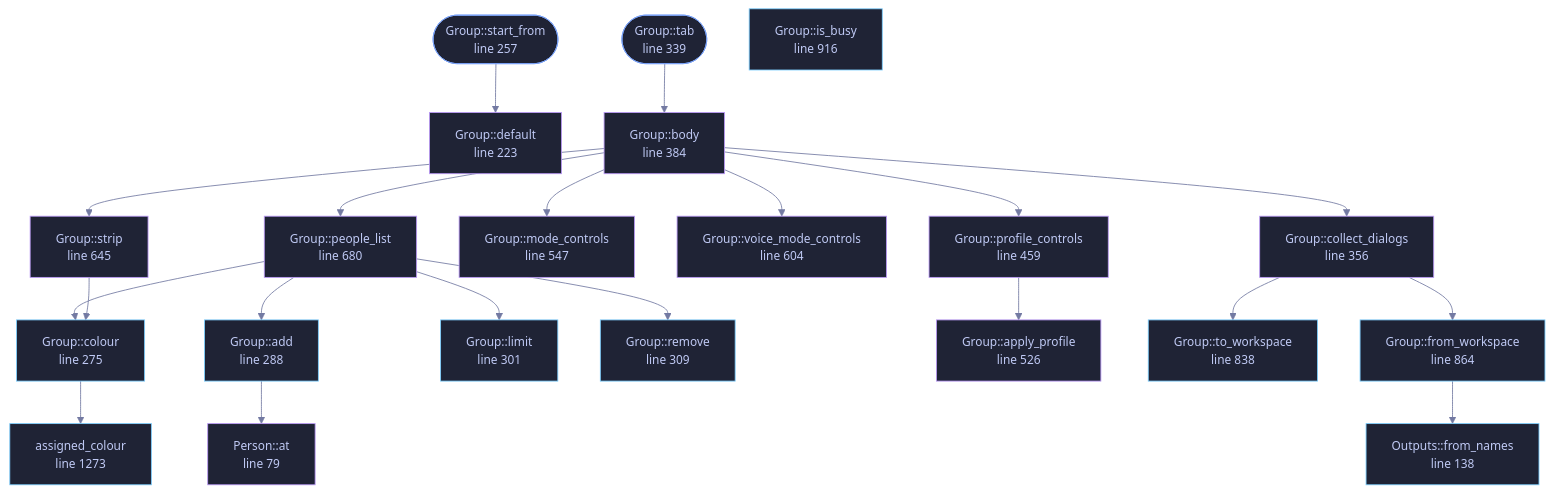
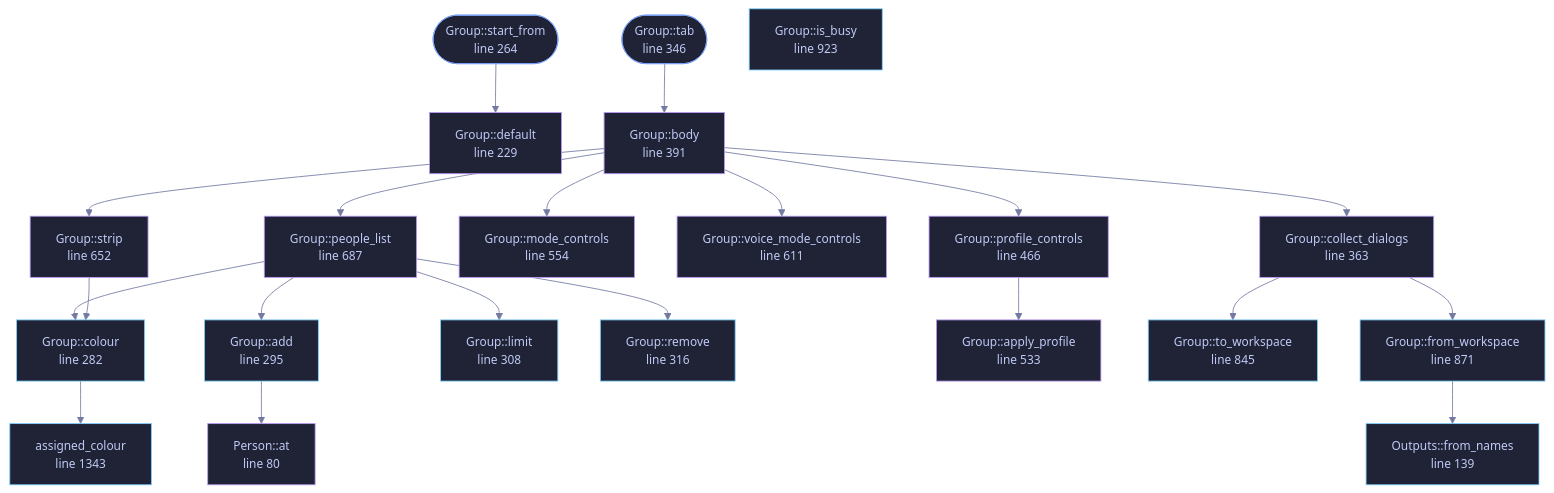
The diagram in docs/files/veilvoice-gui/group.md (tilas01/veilvoice), drawn with Mermaid before and after one commit. The commit also changed other lines of this file and 36 other files, not shown here.

````diff
--- a/docs/files/veilvoice-gui/group.md
+++ b/docs/files/veilvoice-gui/group.md
@@ -125,73 +125,73 @@
 ```mermaid
 %%{init: {"theme":"base","themeVariables":{"background":"#1a1b26","primaryColor":"#1f2335","primaryTextColor":"#c0caf5","primaryBorderColor":"#7aa2f7","secondaryColor":"#16161e","tertiaryColor":"#16161e","lineColor":"#737aa2","textColor":"#c0caf5","mainBkg":"#1f2335","nodeBorder":"#7aa2f7","clusterBkg":"#16161e","clusterBorder":"#2f3549","fontFamily":"ui-monospace, SFMono-Regular, Consolas, monospace","fontSize":"14px"}}}%%
 flowchart TD
-    n_at["Person::at<br/>line 79"]
-    n_default["Outputs::default<br/>line 103"]
-    n_from_names["Outputs::from_names<br/>line 138"]
-    n_default["Group::default<br/>line 223"]
-    n_start_from(["Group::start_from<br/>line 257"])
-    n_colour["Group::colour<br/>line 275"]
-    n_add["Group::add<br/>line 288"]
-    n_limit["Group::limit<br/>line 301"]
-    n_remove["Group::remove<br/>line 309"]
-    n_tab(["Group::tab<br/>line 339"])
-    n_collect_dialogs["Group::collect_dialogs<br/>line 356"]
-    n_body["Group::body<br/>line 384"]
-    n_profile_controls["Group::profile_controls<br/>line 459"]
-    n_apply_profile["Group::apply_profile<br/>line 526"]
-    n_mode_controls["Group::mode_controls<br/>line 547"]
-    n_voice_mode_controls["Group::voice_mode_controls<br/>line 604"]
-    n_strip["Group::strip<br/>line 645"]
-    n_people_list["Group::people_list<br/>line 680"]
-    n_to_workspace["Group::to_workspace<br/>line 838"]
-    n_from_workspace["Group::from_workspace<br/>line 864"]
-    n_is_busy["Group::is_busy<br/>line 916"]
-    n_assigned_colour["assigned_colour<br/>line 1273"]
+    n_at["Person::at<br/>line 80"]
+    n_default["Outputs::default<br/>line 104"]
+    n_from_names["Outputs::from_names<br/>line 139"]
+    n_default["Group::default<br/>line 229"]
+    n_start_from(["Group::start_from<br/>line 264"])
+    n_colour["Group::colour<br/>line 282"]
+    n_add["Group::add<br/>line 295"]
+    n_limit["Group::limit<br/>line 308"]
+    n_remove["Group::remove<br/>line 316"]
+    n_tab(["Group::tab<br/>line 346"])
+    n_collect_dialogs["Group::collect_dialogs<br/>line 363"]
+    n_body["Group::body<br/>line 391"]
+    n_profile_controls["Group::profile_controls<br/>line 466"]
+    n_apply_profile["Group::apply_profile<br/>line 533"]
+    n_mode_controls["Group::mode_controls<br/>line 554"]
+    n_voice_mode_controls["Group::voice_mode_controls<br/>line 611"]
+    n_strip["Group::strip<br/>line 652"]
+    n_people_list["Group::people_list<br/>line 687"]
+    n_to_workspace["Group::to_workspace<br/>line 845"]
+    n_from_workspace["Group::from_workspace<br/>line 871"]
+    n_is_busy["Group::is_busy<br/>line 923"]
+    n_assigned_colour["assigned_colour<br/>line 1343"]
     n_add --> n_at
     n_body --> n_collect_dialogs
     n_body --> n_mode_controls
     n_body --> n_people_list
     n_body --> n_profile_controls
     n_body --> n_strip
     n_body --> n_voice_mode_controls
     n_collect_dialogs --> n_from_workspace
     n_collect_dialogs --> n_to_workspace
     n_colour --> n_assigned_colour
     n_from_workspace --> n_from_names
     n_people_list --> n_add
     n_people_list --> n_colour
     n_people_list --> n_limit
     n_people_list --> n_remove
     n_profile_controls --> n_apply_profile
     n_start_from --> n_default
     n_strip --> n_colour
     n_tab --> n_body
-    click n_at href "https://github.com/tilas01/veilvoice/blob/main/crates/veilvoice-gui/src/group.rs#L79" "open the source"
-    click n_default href "https://github.com/tilas01/veilvoice/blob/main/crates/veilvoice-gui/src/group.rs#L103" "open the source"
-    click n_from_names href "https://github.com/tilas01/veilvoice/blob/main/crates/veilvoice-gui/src/group.rs#L138" "open the source"
-    click n_default href "https://github.com/tilas01/veilvoice/blob/main/crates/veilvoice-gui/src/group.rs#L223" "open the source"
-    click n_start_from href "https://github.com/tilas01/veilvoice/blob/main/crates/veilvoice-gui/src/group.rs#L257" "open the source"
-    click n_colour href "https://github.com/tilas01/veilvoice/blob/main/crates/veilvoice-gui/src/group.rs#L275" "open the source"
-    click n_add href "https://github.com/tilas01/veilvoice/blob/main/crates/veilvoice-gui/src/group.rs#L288" "open the source"
-    click n_limit href "https://github.com/tilas01/veilvoice/blob/main/crates/veilvoice-gui/src/group.rs#L301" "open the source"
-    click n_remove href "https://github.com/tilas01/veilvoice/blob/main/crates/veilvoice-gui/src/group.rs#L309" "open the source"
-    click n_tab href "https://github.com/tilas01/veilvoice/blob/main/crates/veilvoice-gui/src/group.rs#L339" "open the source"
-    click n_collect_dialogs href "https://github.com/tilas01/veilvoice/blob/main/crates/veilvoice-gui/src/group.rs#L356" "open the source"
-    click n_body href "https://github.com/tilas01/veilvoice/blob/main/crates/veilvoice-gui/src/group.rs#L384" "open the source"
-    click n_profile_controls href "https://github.com/tilas01/veilvoice/blob/main/crates/veilvoice-gui/src/group.rs#L459" "open the source"
-    click n_apply_profile href "https://github.com/tilas01/veilvoice/blob/main/crates/veilvoice-gui/src/group.rs#L526" "open the source"
-    click n_mode_controls href "https://github.com/tilas01/veilvoice/blob/main/crates/veilvoice-gui/src/group.rs#L547" "open the source"
-    click n_voice_mode_controls href "https://github.com/tilas01/veilvoice/blob/main/crates/veilvoice-gui/src/group.rs#L604" "open the source"
-    click n_strip href "https://github.com/tilas01/veilvoice/blob/main/crates/veilvoice-gui/src/group.rs#L645" "open the source"
-    click n_people_list href "https://github.com/tilas01/veilvoice/blob/main/crates/veilvoice-gui/src/group.rs#L680" "open the source"
-    click n_to_workspace href "https://github.com/tilas01/veilvoice/blob/main/crates/veilvoice-gui/src/group.rs#L838" "open the source"
-    click n_from_workspace href "https://github.com/tilas01/veilvoice/blob/main/crates/veilvoice-gui/src/group.rs#L864" "open the source"
-    click n_is_busy href "https://github.com/tilas01/veilvoice/blob/main/crates/veilvoice-gui/src/group.rs#L916" "open the source"
-    click n_assigned_colour href "https://github.com/tilas01/veilvoice/blob/main/crates/veilvoice-gui/src/group.rs#L1273" "open the source"
+    click n_at href "https://github.com/tilas01/veilvoice/blob/main/crates/veilvoice-gui/src/group.rs#L80" "open the source"
+    click n_default href "https://github.com/tilas01/veilvoice/blob/main/crates/veilvoice-gui/src/group.rs#L104" "open the source"
+    click n_from_names href "https://github.com/tilas01/veilvoice/blob/main/crates/veilvoice-gui/src/group.rs#L139" "open the source"
+    click n_default href "https://github.com/tilas01/veilvoice/blob/main/crates/veilvoice-gui/src/group.rs#L229" "open the source"
+    click n_start_from href "https://github.com/tilas01/veilvoice/blob/main/crates/veilvoice-gui/src/group.rs#L264" "open the source"
+    click n_colour href "https://github.com/tilas01/veilvoice/blob/main/crates/veilvoice-gui/src/group.rs#L282" "open the source"
+    click n_add href "https://github.com/tilas01/veilvoice/blob/main/crates/veilvoice-gui/src/group.rs#L295" "open the source"
+    click n_limit href "https://github.com/tilas01/veilvoice/blob/main/crates/veilvoice-gui/src/group.rs#L308" "open the source"
+    click n_remove href "https://github.com/tilas01/veilvoice/blob/main/crates/veilvoice-gui/src/group.rs#L316" "open the source"
+    click n_tab href "https://github.com/tilas01/veilvoice/blob/main/crates/veilvoice-gui/src/group.rs#L346" "open the source"
+    click n_collect_dialogs href "https://github.com/tilas01/veilvoice/blob/main/crates/veilvoice-gui/src/group.rs#L363" "open the source"
+    click n_body href "https://github.com/tilas01/veilvoice/blob/main/crates/veilvoice-gui/src/group.rs#L391" "open the source"
+    click n_profile_controls href "https://github.com/tilas01/veilvoice/blob/main/crates/veilvoice-gui/src/group.rs#L466" "open the source"
+    click n_apply_profile href "https://github.com/tilas01/veilvoice/blob/main/crates/veilvoice-gui/src/group.rs#L533" "open the source"
+    click n_mode_controls href "https://github.com/tilas01/veilvoice/blob/main/crates/veilvoice-gui/src/group.rs#L554" "open the source"
+    click n_voice_mode_controls href "https://github.com/tilas01/veilvoice/blob/main/crates/veilvoice-gui/src/group.rs#L611" "open the source"
+    click n_strip href "https://github.com/tilas01/veilvoice/blob/main/crates/veilvoice-gui/src/group.rs#L652" "open the source"
+    click n_people_list href "https://github.com/tilas01/veilvoice/blob/main/crates/veilvoice-gui/src/group.rs#L687" "open the source"
+    click n_to_workspace href "https://github.com/tilas01/veilvoice/blob/main/crates/veilvoice-gui/src/group.rs#L845" "open the source"
+    click n_from_workspace href "https://github.com/tilas01/veilvoice/blob/main/crates/veilvoice-gui/src/group.rs#L871" "open the source"
+    click n_is_busy href "https://github.com/tilas01/veilvoice/blob/main/crates/veilvoice-gui/src/group.rs#L923" "open the source"
+    click n_assigned_colour href "https://github.com/tilas01/veilvoice/blob/main/crates/veilvoice-gui/src/group.rs#L1343" "open the source"
     classDef entry fill:#1f2335,stroke:#7aa2f7,color:#c0caf5
     class n_start_from,n_tab entry
     classDef api fill:#1f2335,stroke:#7dcfff,color:#c0caf5
     class n_from_names,n_colour,n_add,n_limit,n_remove,n_to_workspace,n_from_workspace,n_is_busy,n_assigned_colour api
     classDef helper fill:#1f2335,stroke:#bb9af7,color:#c0caf5
     class n_at,n_default,n_default,n_collect_dialogs,n_body,n_profile_controls,n_apply_profile,n_mode_controls,n_voice_mode_controls,n_strip,n_people_list helper
 ```
````
